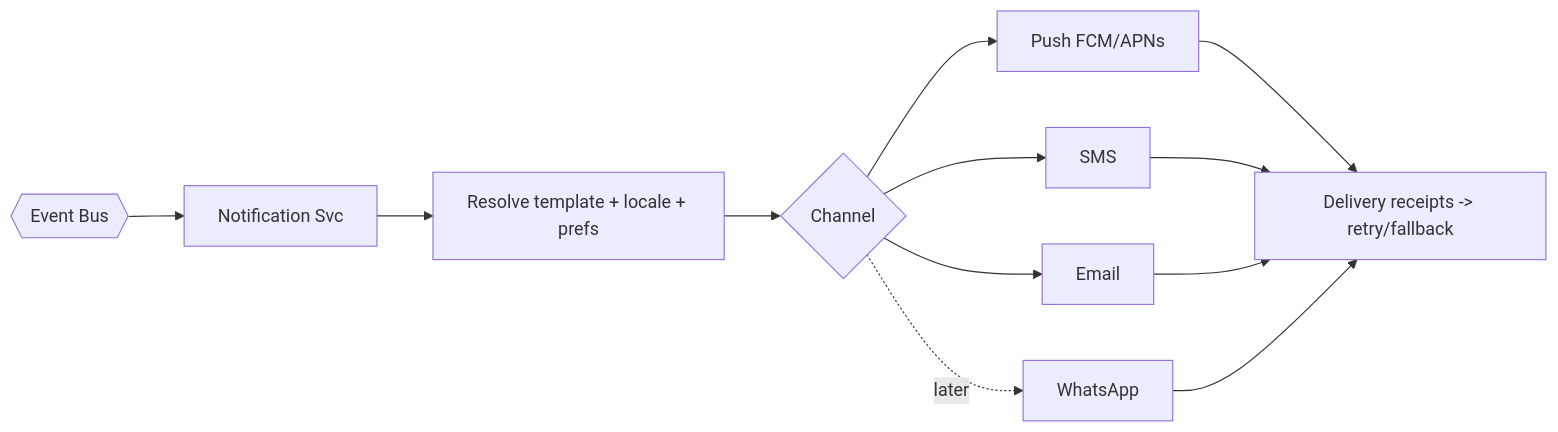
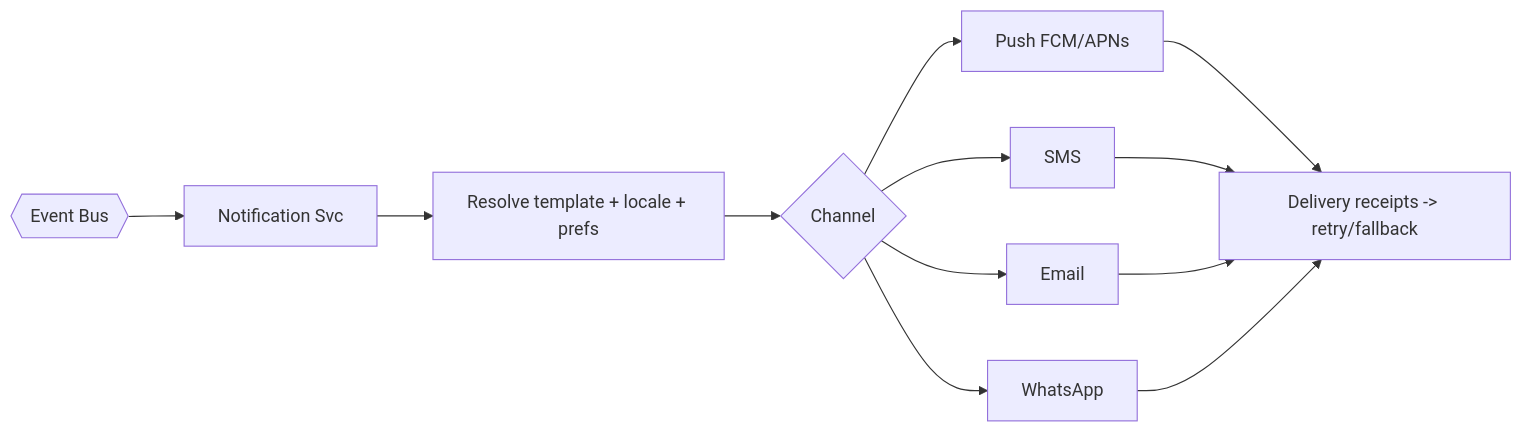
One commit to NiladriPadhy/AssureCars changed diagram 23 of 27 in Docs/Solution-Design-Document.md. Above: the diagram before and after it, drawn with Mermaid. The commit also changed other lines of this file and 6 other files, not shown here.

Commit message:
docs: update README, API documentation, and Solution Design Document to reflect version 3.0 changes, including buyer hub visibility, staff-only reservation model, unified roles, and finalized web stack; enhance user experience with WhatsApp notifications and 40 km service radius for test drives

````diff
--- a/Docs/Solution-Design-Document.md
+++ b/Docs/Solution-Design-Document.md
@@ -1967,11 +2011,11 @@
 ```mermaid
 flowchart LR
     BUS{{Event Bus}} --> NS[Notification Svc]
     NS --> T[Resolve template + locale + prefs]
     T --> R{Channel}
     R --> P[Push FCM/APNs]
     R --> S[SMS]
     R --> E[Email]
-    R -. later .-> W[WhatsApp]
+    R --> W[WhatsApp]
     P & S & E & W --> D[Delivery receipts -> retry/fallback]
 ```
````
